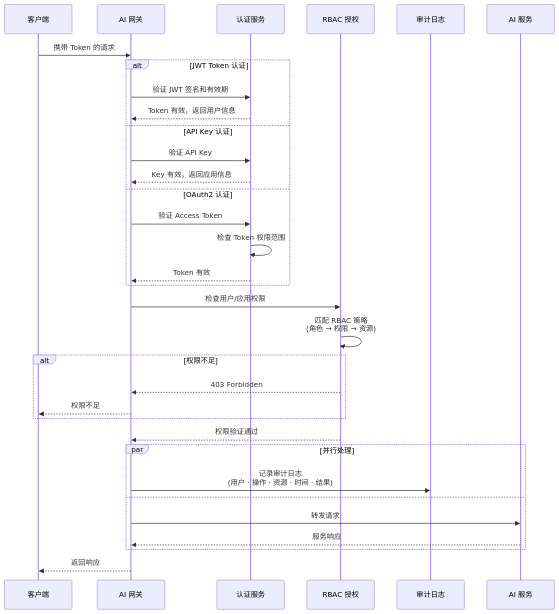
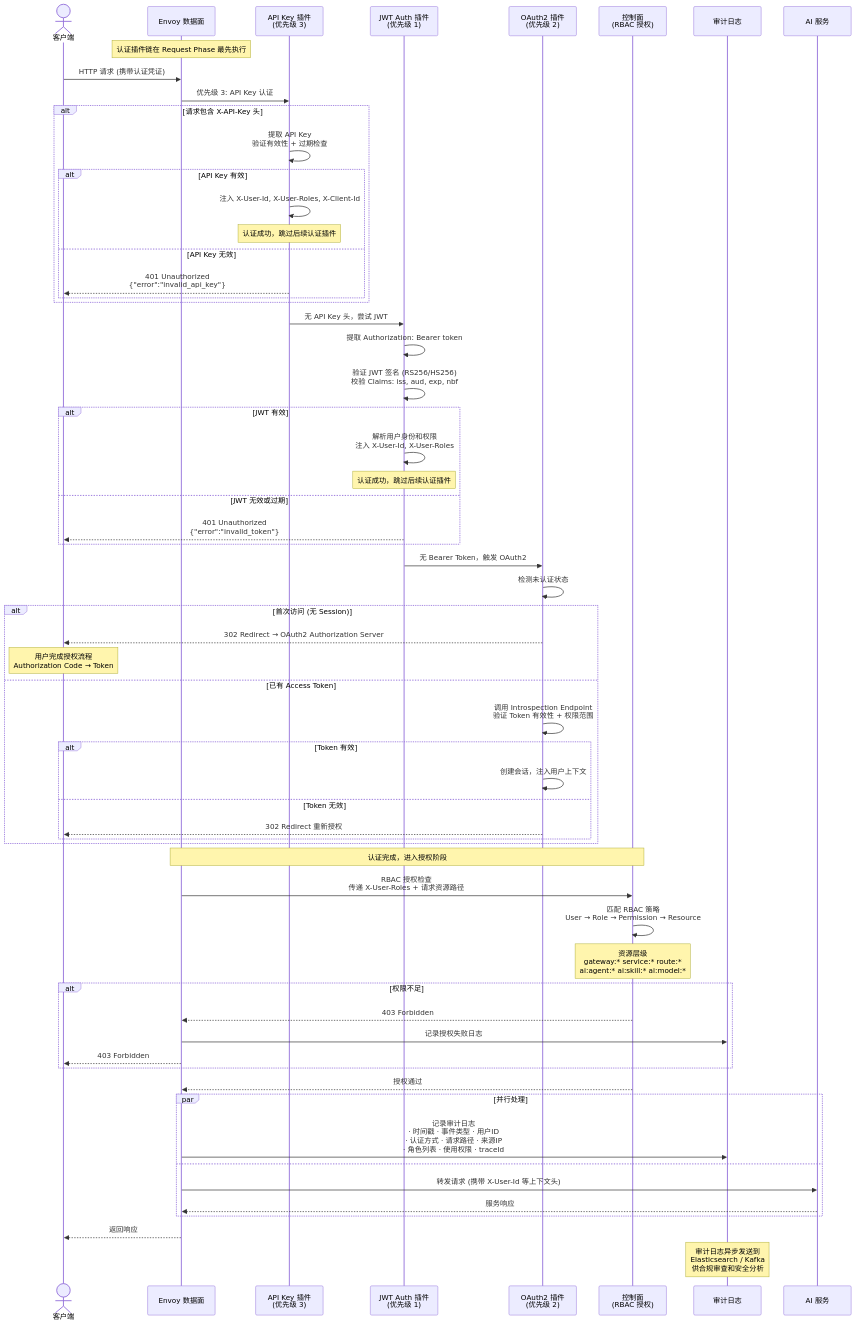
One commit to shinSG/ai-gateway changed the diagram in docs/diagrams/security-flow.mmd. Above: the diagram before and after it, drawn with Mermaid. The commit also changed 21 other files, not shown here.

Commit message:
Refactor system architecture diagram: update layout, add new components, and improve connections for clarity

```diff
--- a/docs/diagrams/security-flow.mmd
+++ b/docs/diagrams/security-flow.mmd
@@ -1,39 +1,74 @@
 sequenceDiagram
-    participant C as 客户端
-    participant GW as AI 网关
-    participant Auth as 认证服务
-    participant RBAC as RBAC 授权
+    actor Client as 客户端
+    participant Envoy as Envoy 数据面
+    participant APIKey as API Key 插件<br/>(优先级 3)
+    participant JWT as JWT Auth 插件<br/>(优先级 1)
+    participant OAuth2 as OAuth2 插件<br/>(优先级 2)
+    participant Control as 控制面<br/>(RBAC 授权)
     participant Audit as 审计日志
-    participant AI as AI 服务
+    participant Svc as AI 服务
 
-    C->>GW: 携带 Token 的请求
+    Note over Envoy: 认证插件链在 Request Phase 最先执行
 
-    alt JWT Token 认证
-        GW->>Auth: 验证 JWT 签名和有效期
-        Auth-->>GW: Token 有效，返回用户信息
-    else API Key 认证
-        GW->>Auth: 验证 API Key
-        Auth-->>GW: Key 有效，返回应用信息
-    else OAuth2 认证
-        GW->>Auth: 验证 Access Token
-        Auth->>Auth: 检查 Token 权限范围
-        Auth-->>GW: Token 有效
+    Client->>Envoy: HTTP 请求 (携带认证凭证)
+
+    Envoy->>APIKey: 优先级 3: API Key 认证
+    alt 请求包含 X-API-Key 头
+        APIKey->>APIKey: 提取 API Key<br/>验证有效性 + 过期检查
+        alt API Key 有效
+            APIKey->>APIKey: 注入 X-User-Id, X-User-Roles, X-Client-Id
+            Note over APIKey: 认证成功，跳过后续认证插件
+        else API Key 无效
+            APIKey-->>Client: 401 Unauthorized<br/>{"error":"invalid_api_key"}
+        end
     end
 
-    GW->>RBAC: 检查用户/应用权限
-    RBAC->>RBAC: 匹配 RBAC 策略<br/>(角色 → 权限 → 资源)
-    alt 权限不足
-        RBAC-->>GW: 403 Forbidden
-        GW-->>C: 权限不足
+    APIKey->>JWT: 无 API Key 头，尝试 JWT
+    JWT->>JWT: 提取 Authorization: Bearer token
+    JWT->>JWT: 验证 JWT 签名 (RS256/HS256)<br/>校验 Claims: iss, aud, exp, nbf
+    alt JWT 有效
+        JWT->>JWT: 解析用户身份和权限<br/>注入 X-User-Id, X-User-Roles
+        Note over JWT: 认证成功，跳过后续认证插件
+    else JWT 无效或过期
+        JWT-->>Client: 401 Unauthorized<br/>{"error":"invalid_token"}
     end
 
-    RBAC-->>GW: 权限验证通过
+    JWT->>OAuth2: 无 Bearer Token，触发 OAuth2
+    OAuth2->>OAuth2: 检测未认证状态
+    alt 首次访问 (无 Session)
+        OAuth2-->>Client: 302 Redirect → OAuth2 Authorization Server
+        Note over Client: 用户完成授权流程<br/>Authorization Code → Token
+    else 已有 Access Token
+        OAuth2->>OAuth2: 调用 Introspection Endpoint<br/>验证 Token 有效性 + 权限范围
+        alt Token 有效
+            OAuth2->>OAuth2: 创建会话，注入用户上下文
+        else Token 无效
+            OAuth2-->>Client: 302 Redirect 重新授权
+        end
+    end
+
+    Note over Envoy,Control: 认证完成，进入授权阶段
+
+    Envoy->>Control: RBAC 授权检查<br/>传递 X-User-Roles + 请求资源路径
+
+    Control->>Control: 匹配 RBAC 策略<br/>User → Role → Permission → Resource
+    Note over Control: 资源层级<br/>gateway:* service:* route:*<br/>ai:agent:* ai:skill:* ai:model:*
+
+    alt 权限不足
+        Control-->>Envoy: 403 Forbidden
+        Envoy->>Audit: 记录授权失败日志
+        Envoy-->>Client: 403 Forbidden
+    end
+
+    Control-->>Envoy: 授权通过
 
     par 并行处理
-        GW->>Audit: 记录审计日志<br/>(用户 · 操作 · 资源 · 时间 · 结果)
+        Envoy->>Audit: 记录审计日志<br/>· 时间戳 · 事件类型 · 用户ID<br/>· 认证方式 · 请求路径 · 来源IP<br/>· 角色列表 · 使用权限 · traceId
     and
-        GW->>AI: 转发请求
-        AI-->>GW: 服务响应
+        Envoy->>Svc: 转发请求 (携带 X-User-Id 等上下文头)
+        Svc-->>Envoy: 服务响应
     end
 
-    GW-->>C: 返回响应
+    Envoy-->>Client: 返回响应
+
+    Note over Audit: 审计日志异步发送到<br/>Elasticsearch / Kafka<br/>供合规审查和安全分析
```
